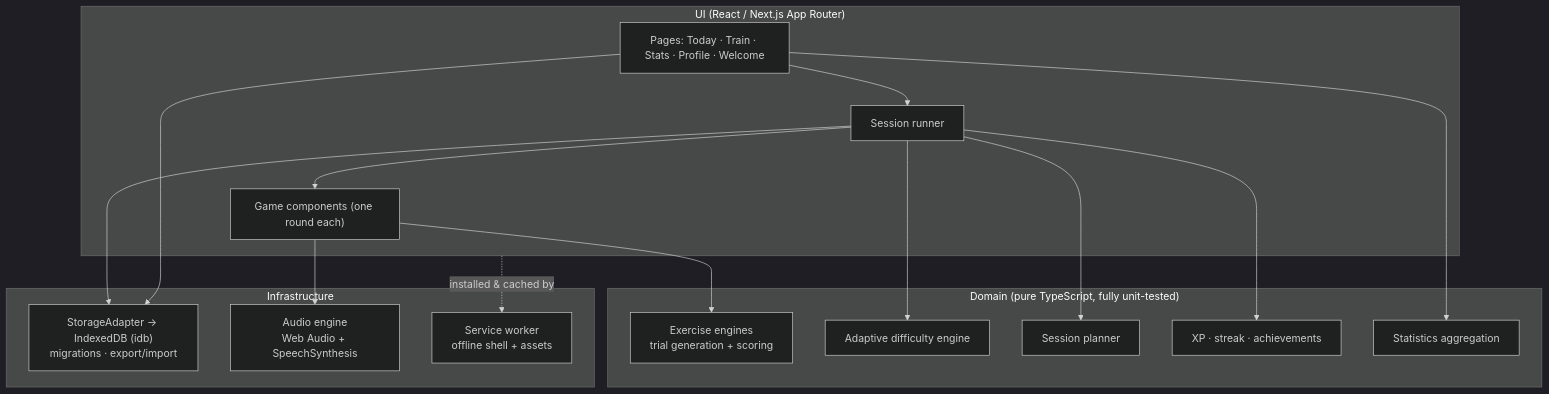
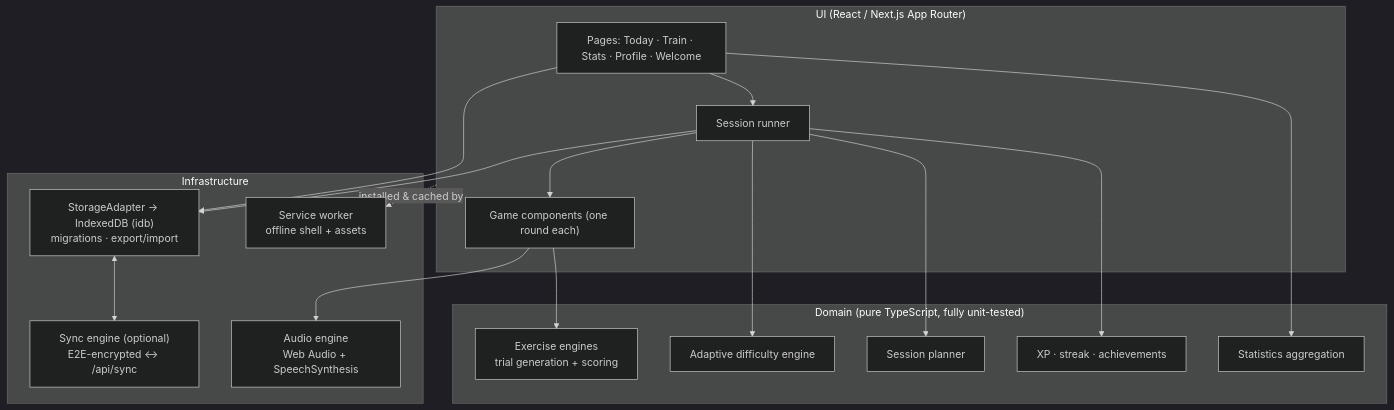
One commit to ollehillbom1/cortex changed the diagram in README.md. Above: the diagram before and after it, drawn with Mermaid (dark theme). The commit also changed other lines of this file and 30 other files, not shown here.

First line of the commit message:
Optional E2E-encrypted device sync with self-hosted backend

````diff
--- a/README.md
+++ b/README.md
@@ -59,30 +63,32 @@
 ```mermaid
 flowchart TB
     subgraph UI["UI (React / Next.js App Router)"]
         Pages["Pages: Today · Train · Stats · Profile · Welcome"]
         Runner["Session runner"]
         Games["Game components (one round each)"]
     end
     subgraph Domain["Domain (pure TypeScript, fully unit-tested)"]
         Engines["Exercise engines\ntrial generation + scoring"]
         Adaptive["Adaptive difficulty engine"]
         Planner["Session planner"]
         Progress["XP · streak · achievements"]
         Stats["Statistics aggregation"]
     end
     subgraph Infra["Infrastructure"]
         Storage["StorageAdapter → IndexedDB (idb)\nmigrations · export/import"]
+        Sync["Sync engine (optional)\nE2E-encrypted ↔ /api/sync"]
         Audio["Audio engine\nWeb Audio + SpeechSynthesis"]
         SW["Service worker\noffline shell + assets"]
     end
     Pages --> Runner --> Games
     Games --> Engines
     Runner --> Adaptive
     Runner --> Planner
     Runner --> Progress
     Pages --> Stats
     Runner --> Storage
     Pages --> Storage
+    Storage <--> Sync
     Games --> Audio
     UI -.installed & cached by.-> SW
 ```
````
